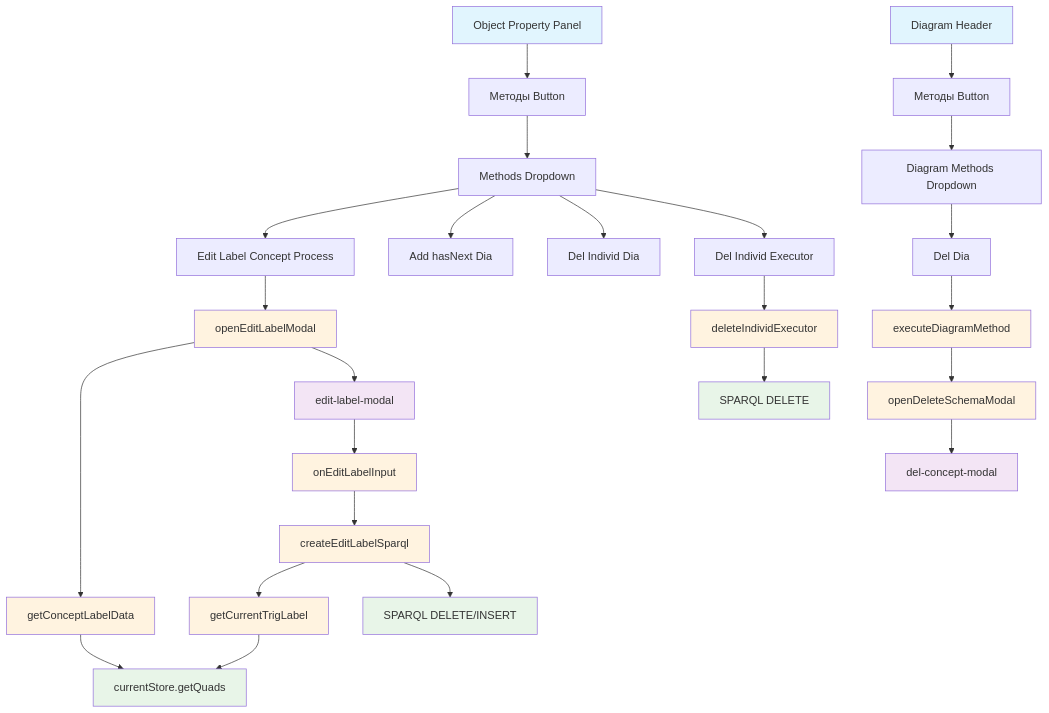
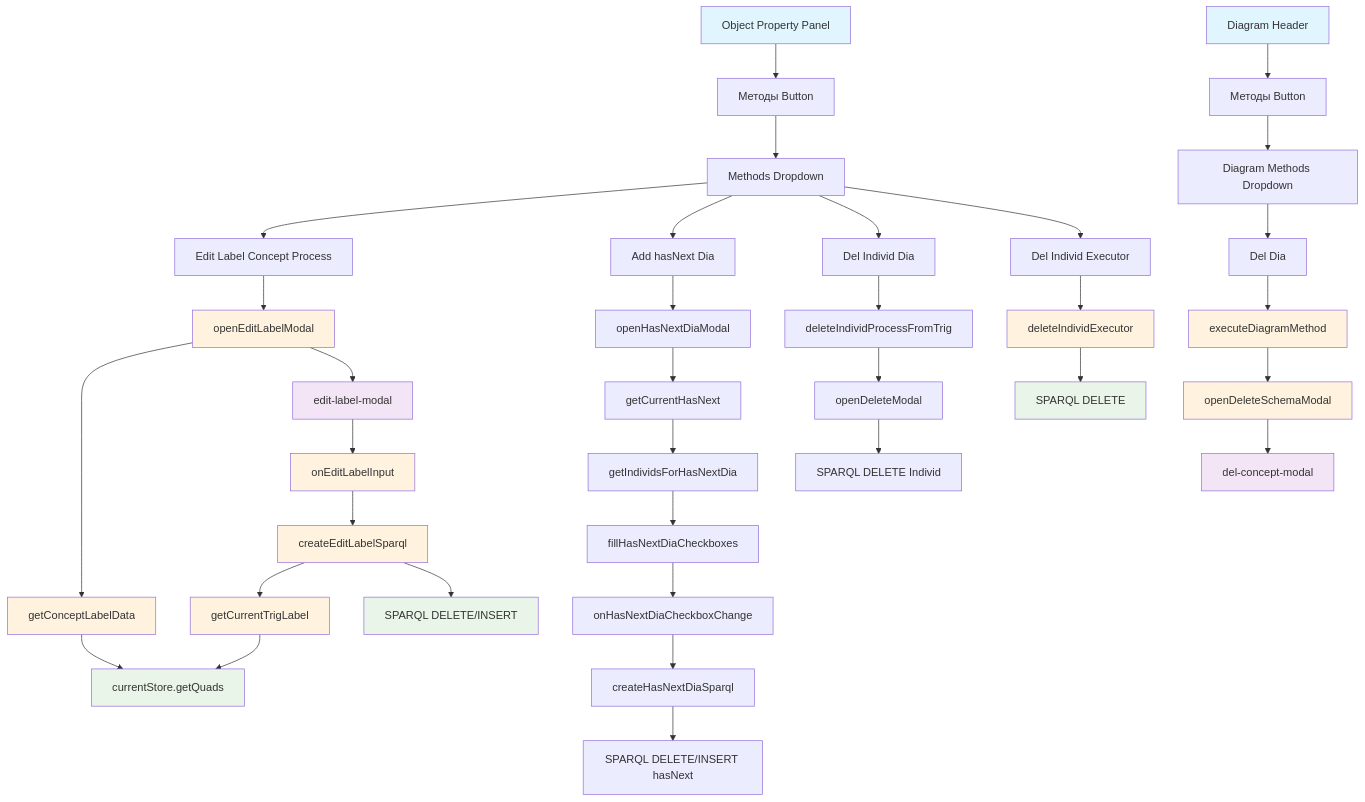
One commit to konard/bpmbpm-rdf-grapher changed the diagram in ver9d/doc/algorithm/op_methods_v1.md. Above: the diagram before and after it, drawn with Mermaid. The commit also changed other lines of this file and 1 other file, not shown here.

First line of the commit message:
ver9d_6doc1: Fix issue #394 - Add hasNext Dia table entries, outgoing connections, SPARQL variables, and auto_methods_v1.md

````diff
--- a/ver9d/doc/algorithm/op_methods_v1.md
+++ b/ver9d/doc/algorithm/op_methods_v1.md
@@ -192,46 +237,60 @@
 ```mermaid
 graph TD
     %% Точки входа
     OP[Object Property Panel] --> MB[Методы Button]
     DH[Diagram Header] --> DMB[Методы Button]
 
     %% ObjectMethod
     MB --> MOD[Methods Dropdown]
     MOD --> EL[Edit Label Concept Process]
     MOD --> AH[Add hasNext Dia]
     MOD --> DI[Del Individ Dia]
     MOD --> DE[Del Individ Executor]
+
+    %% Add hasNext Dia flows
+    AH --> OHM[openHasNextDiaModal]
+    OHM --> GCH[getCurrentHasNext]
+    GCH --> GIH[getIndividsForHasNextDia]
+    GIH --> FHC[fillHasNextDiaCheckboxes]
+    FHC --> OHC[onHasNextDiaCheckboxChange]
+    OHC --> CHS[createHasNextDiaSparql]
+    CHS --> SPARQL_AH[SPARQL DELETE/INSERT hasNext]
+
+    %% Del Individ Dia flows
+    DI --> DIP[deleteIndividProcessFromTrig]
+    DIP --> ODM[openDeleteModal]
+    ODM --> SPARQL_DI[SPARQL DELETE Individ]
 
     EL --> OEM[openEditLabelModal]
     OEM --> GCD[getConceptLabelData]
     GCD --> QS[currentStore.getQuads]
 
     OEM --> ELM[edit-label-modal]
     ELM --> OEI[onEditLabelInput]
     OEI --> CES[createEditLabelSparql]
     CES --> GTL[getCurrentTrigLabel]
     GTL --> QS
     CES --> SPARQL[SPARQL DELETE/INSERT]
 
     DE --> DIE[deleteIndividExecutor]
     DIE --> SPARQL_DE[SPARQL DELETE]
 
     %% DiagramMethod
     DMB --> DMOD[Diagram Methods Dropdown]
     DMOD --> DD[Del Dia]
 
     DD --> EDM[executeDiagramMethod]
     EDM --> ODSM[openDeleteSchemaModal]
     ODSM --> DCM[del-concept-modal]
 
     %% Стили
     classDef entryPoint fill:#e1f5fe
     classDef function fill:#fff3e0
     classDef modal fill:#f3e5f5
     classDef store fill:#e8f5e8
 
     class OP,DH entryPoint
     class OEM,GCD,OEI,CES,GTL,EDM,ODSM,DIE function
     class ELM,DCM modal
     class QS,SPARQL,SPARQL_DE store
 ```
````
